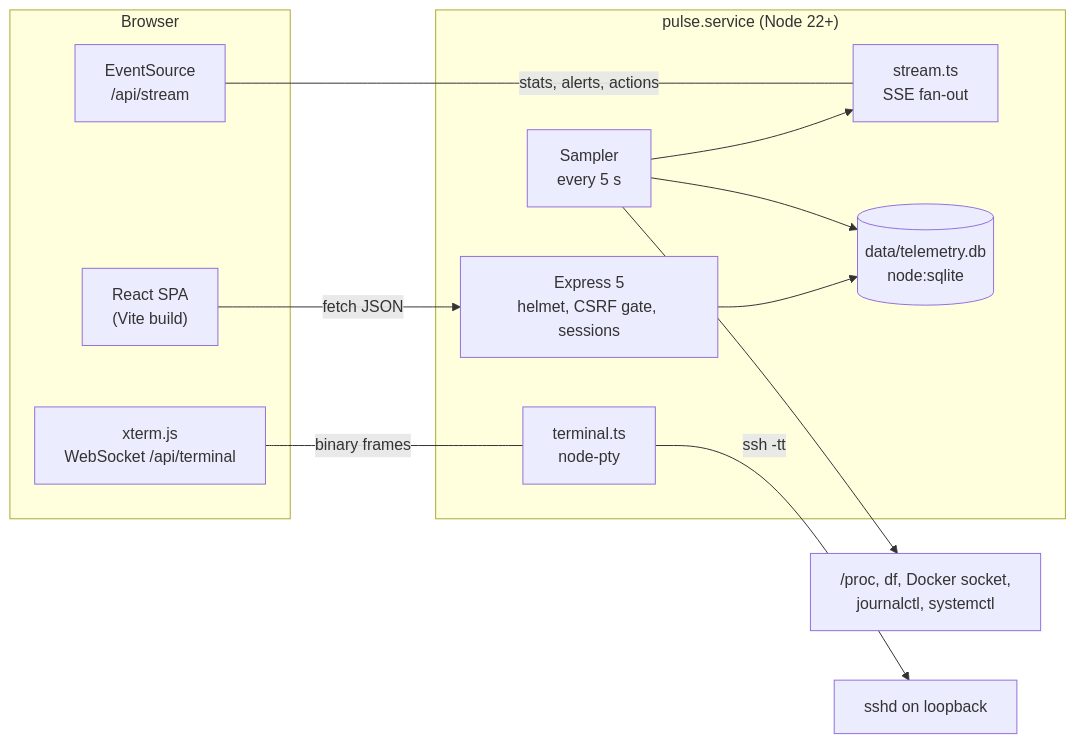
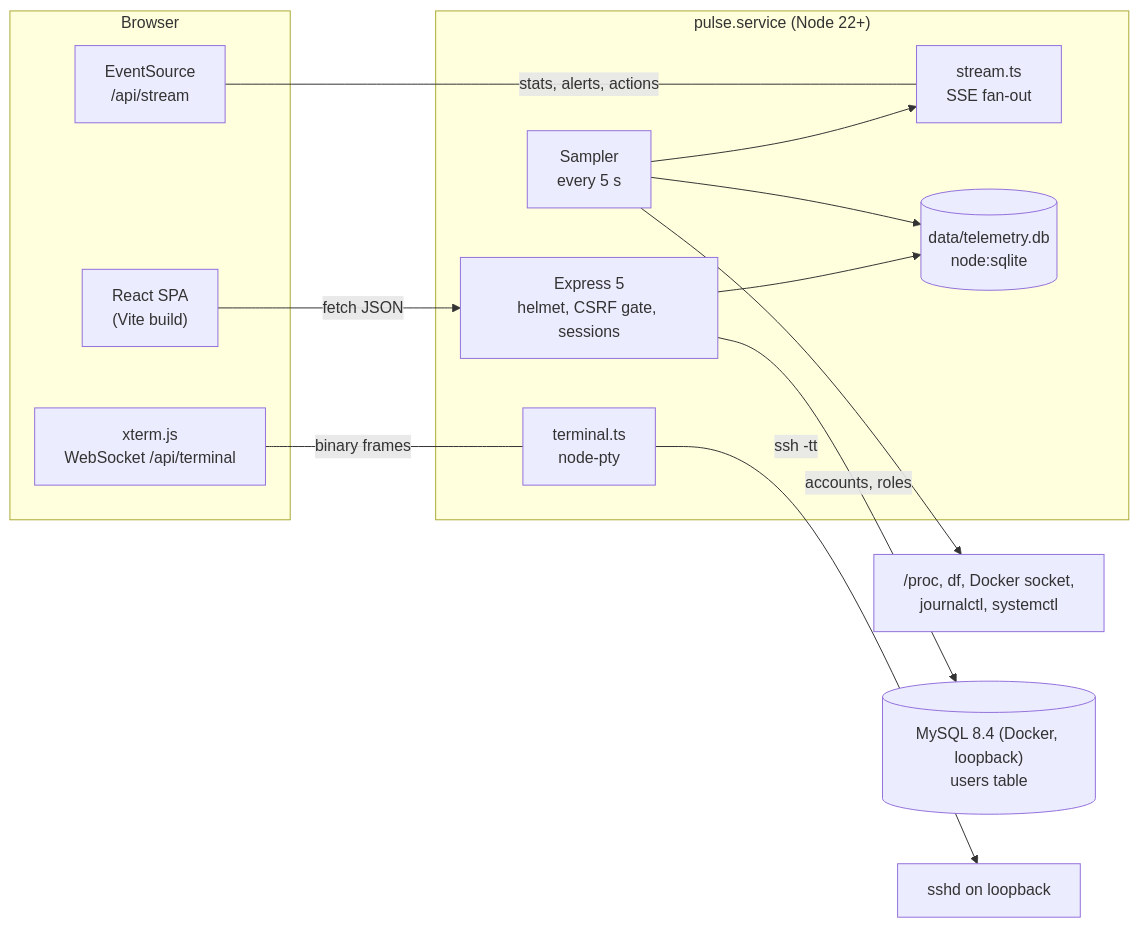
One commit to bahawww/pulse changed the diagram in ARCHITECTURE.md. Above: the diagram before and after it, drawn with Mermaid. The commit also changed other lines of this file and 37 other files, not shown here.

First line of the commit message:
feat(users): MySQL accounts with roles, superadmin, profile menu

````diff
--- a/ARCHITECTURE.md
+++ b/ARCHITECTURE.md
@@ -8,26 +8,28 @@
 ```mermaid
 flowchart LR
   subgraph Browser
     SPA["React SPA<br/>(Vite build)"]
     ES["EventSource<br/>/api/stream"]
     XT["xterm.js<br/>WebSocket /api/terminal"]
   end
   subgraph "pulse.service (Node 22+)"
     EX["Express 5<br/>helmet, CSRF gate, sessions"]
     SM["Sampler<br/>every 5 s"]
     ST["stream.ts<br/>SSE fan-out"]
     TM["terminal.ts<br/>node-pty"]
     DB[("data/telemetry.db<br/>node:sqlite")]
   end
   HOST["/proc, df, Docker socket,<br/>journalctl, systemctl"]
+  MY[("MySQL 8.4 (Docker, loopback)<br/>users table")]
   SSHD["sshd on loopback"]
 
   SPA -- "fetch JSON" --> EX
   ES -- "stats, alerts, actions" --- ST
   XT -- "binary frames" --- TM
   SM --> HOST
   SM --> DB
   SM --> ST
   EX --> DB
+  EX -- "accounts, roles" --> MY
   TM -- "ssh -tt" --> SSHD
 ```
````
